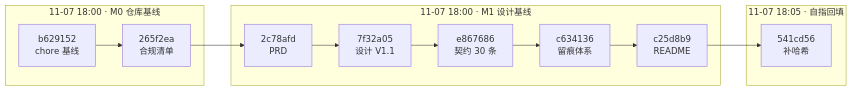
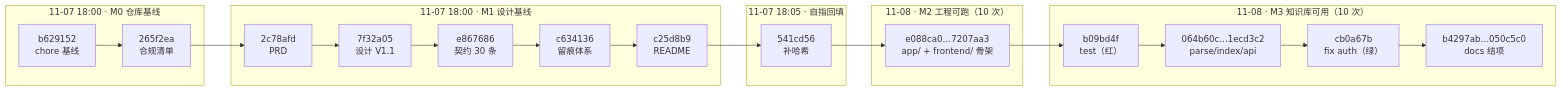
The diagram in docs/00-合规与提交/Git提交日志.md (liqing-258/campus-policy-planner), drawn with Mermaid before and after one commit. The commit also changed other lines of this file, not shown here.

````diff
--- a/docs/00-合规与提交/Git提交日志.md
+++ b/docs/00-合规与提交/Git提交日志.md
@@ -279,18 +405,29 @@
 ```mermaid
 flowchart LR
     subgraph D1["11-07 18:00 · M0 仓库基线"]
         C1["b629152<br/>chore 基线"]
         C2["265f2ea<br/>合规清单"]
     end
     subgraph D2["11-07 18:00 · M1 设计基线"]
         C3["2c78afd<br/>PRD"]
         C4["7f32a05<br/>设计 V1.1"]
         C5["e867686<br/>契约 30 条"]
         C6["c634136<br/>留痕体系"]
         C7["c25d8b9<br/>README"]
     end
     subgraph D3["11-07 18:05 · 自指回填"]
         C8["541cd56<br/>补哈希"]
     end
+    subgraph D4["11-08 · M2 工程可跑（10 次）"]
+        C17["e088ca0…7207aa3<br/>app/ + frontend/ 骨架"]
+    end
+    subgraph D5["11-08 · M3 知识库可用（10 次）"]
+        C27["b09bd4f<br/>test（红）"]
+        C28["064b60c…1ecd3c2<br/>parse/index/api"]
+        C32["cb0a67b<br/>fix auth（绿）"]
+        C34["b4297ab…050c5c0<br/>docs 结项"]
+    end
     C1 --> C2 --> C3 --> C4 --> C5 --> C6 --> C7 --> C8
+    C8 --> C17 --> C27
+    C27 --> C28 --> C32 --> C34
 ```
````
